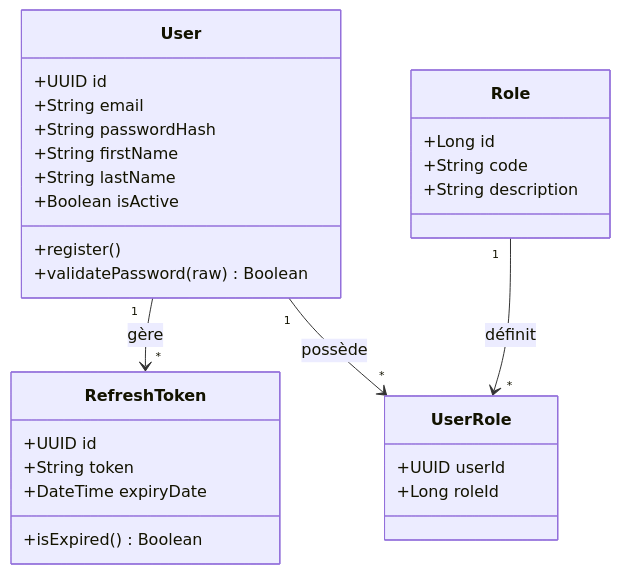
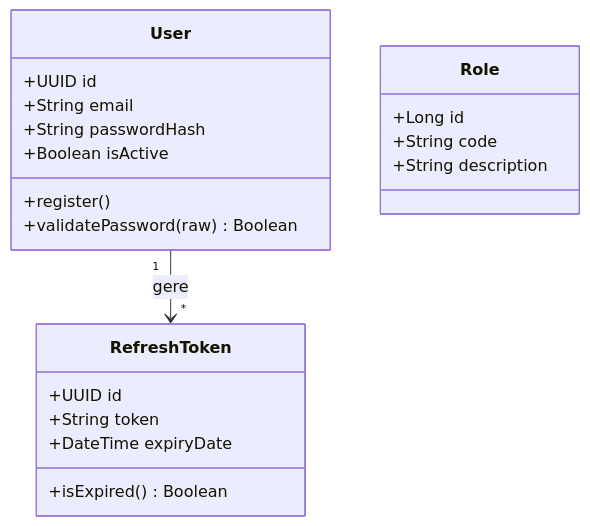
The third of 8 diagrams in Documentation/Presentation/Presentation_Seance4.md (Architecture-web/projet), drawn with Mermaid before and after one commit. The commit also changed other lines of this file and 2 other files, not shown here.

````diff
--- a/Documentation/Presentation/Presentation_Seance4.md
+++ b/Documentation/Presentation/Presentation_Seance4.md
@@ -202,31 +248,23 @@
 ```mermaid
 classDiagram
     class User {
         +UUID id
         +String email
         +String passwordHash
-        +String firstName
-        +String lastName
         +Boolean isActive
         +register()
         +validatePassword(raw) Boolean
     }
     class Role {
         +Long id
         +String code
         +String description
     }
     class RefreshToken {
         +UUID id
         +String token
         +DateTime expiryDate
         +isExpired() Boolean
     }
-    class UserRole {
-        +UUID userId
-        +Long roleId
-    }
-    User "1" --> "*" RefreshToken : gère
-    User "1" --> "*" UserRole : possède
-    Role "1" --> "*" UserRole : définit
+    User "1" --> "*" RefreshToken : gere
 ```
````
